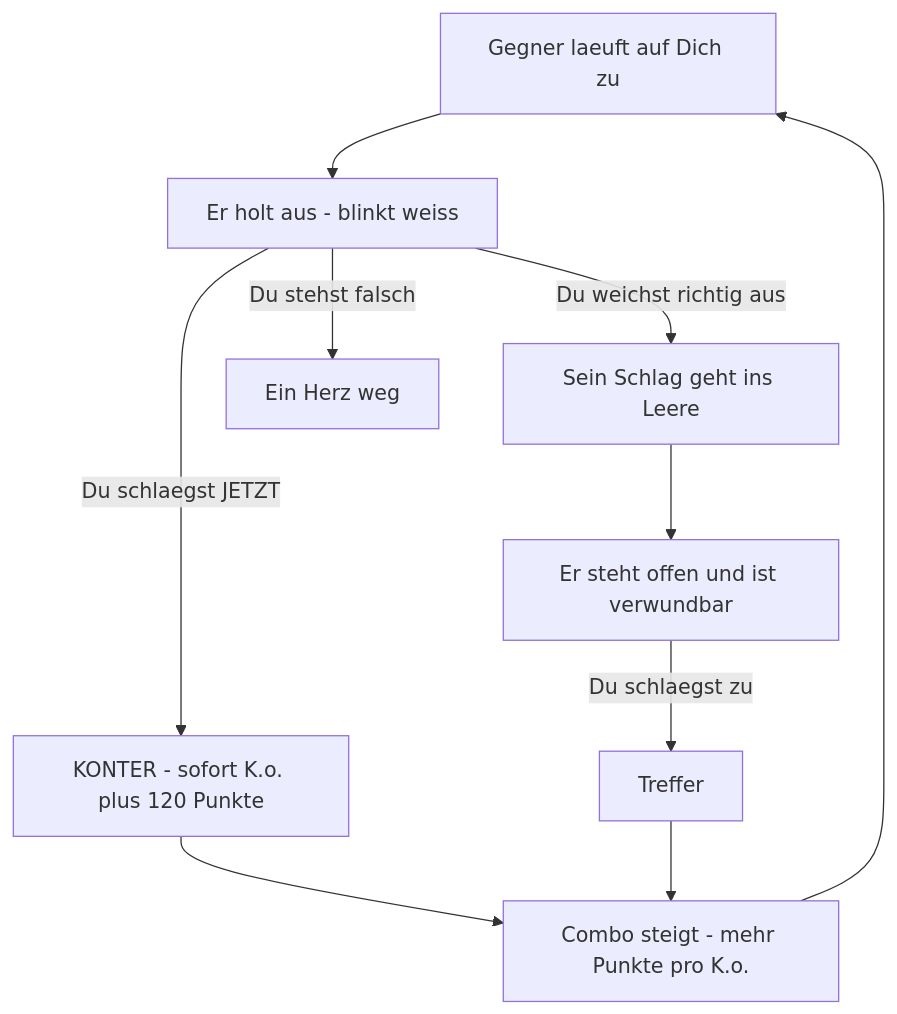
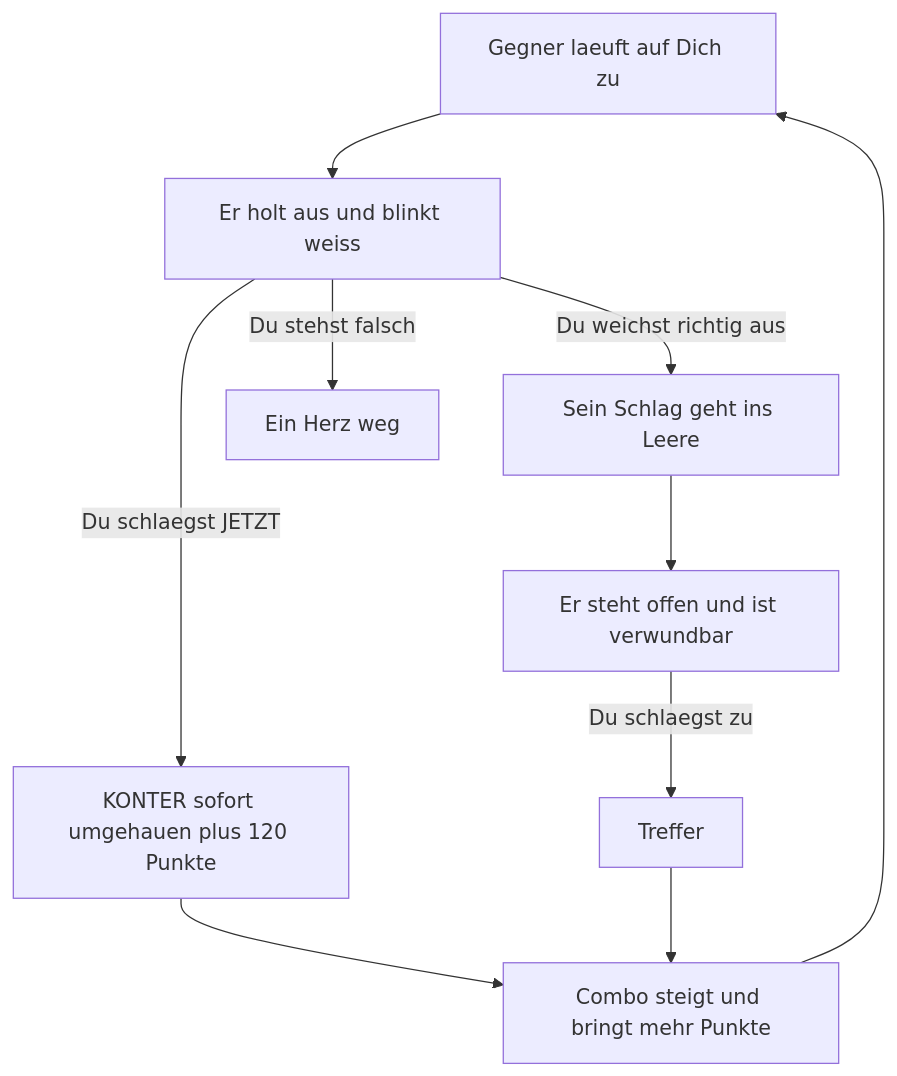
The diagram in README.md (Nikros07/Nachtschicht), drawn with Mermaid before and after one commit.

Commit message:
Mermaid-Diagramm robuster schreiben
Knoten und Kanten getrennt deklariert, Beschriftungen ohne Punkte und
Sonderzeichen. Inhaltlich unveraendert, aber unempfindlich gegen
Eigenheiten des Mermaid-Parsers.

````diff
--- a/README.md
+++ b/README.md
@@ -60,12 +60,20 @@
 ```mermaid
 flowchart TD
-    A[Gegner laeuft auf Dich zu] --> B[Er holt aus - blinkt weiss]
-    B -->|Du schlaegst JETZT| K[KONTER - sofort K.o. plus 120 Punkte]
-    B -->|Du weichst richtig aus| C[Sein Schlag geht ins Leere]
-    B -->|Du stehst falsch| H[Ein Herz weg]
-    C --> D[Er steht offen und ist verwundbar]
-    D -->|Du schlaegst zu| E[Treffer]
-    K --> F[Combo steigt - mehr Punkte pro K.o.]
+    A[Gegner laeuft auf Dich zu]
+    B[Er holt aus und blinkt weiss]
+    K[KONTER sofort umgehauen plus 120 Punkte]
+    C[Sein Schlag geht ins Leere]
+    H[Ein Herz weg]
+    D[Er steht offen und ist verwundbar]
+    E[Treffer]
+    F[Combo steigt und bringt mehr Punkte]
+    A --> B
+    B -->|Du schlaegst JETZT| K
+    B -->|Du weichst richtig aus| C
+    B -->|Du stehst falsch| H
+    C --> D
+    D -->|Du schlaegst zu| E
+    K --> F
     E --> F
     F --> A
 ```
````
